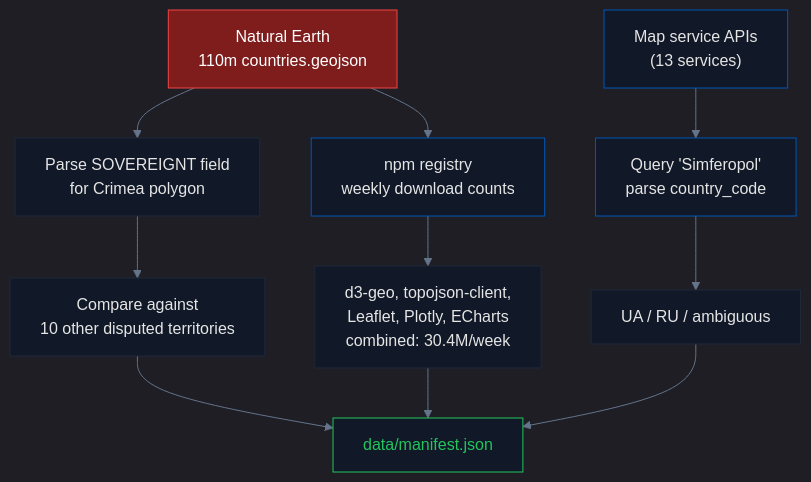
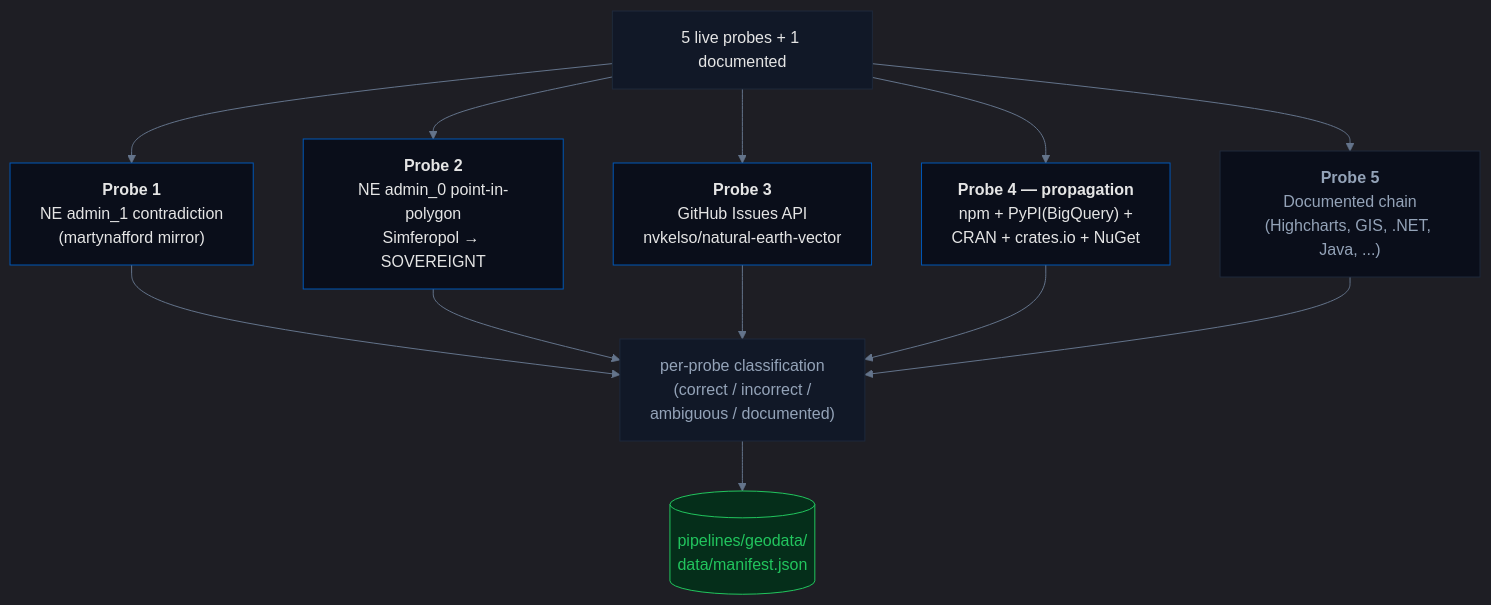
Before and after one commit to IvanDobrovolsky/crimeaisukraine: the second of 2 diagrams in pipelines/geodata/README.md, drawn with Mermaid. The commit also changed other lines of this file and 10 other files, not shown here.

First line of the commit message:
Geodata pipeline: full rewrite — 5-ecosystem propagation chain rooted in GDAL, Natural Earth internal contradictions, ~65.7M weekly downloads measured live

````diff
--- a/pipelines/geodata/README.md
+++ b/pipelines/geodata/README.md
@@ -183,23 +113,26 @@
 ```mermaid
 %%{init: {'theme': 'dark', 'themeVariables': {'primaryColor': '#0057b7', 'primaryTextColor': '#e5e5e5', 'lineColor': '#64748b', 'primaryBorderColor': '#1e293b'}}}%%
-graph TB
-    A["Natural Earth<br/>110m countries.geojson"] --> B["Parse SOVEREIGNT field<br/>for Crimea polygon"]
-    B --> C["Compare against<br/>10 other disputed territories"]
-    A --> D["npm registry<br/>weekly download counts"]
-    D --> E["d3-geo, topojson-client,<br/>Leaflet, Plotly, ECharts<br/>combined: 30.4M/week"]
-    F["Map service APIs<br/>(13 services)"] --> G["Query 'Simferopol'<br/>parse country_code"]
-    G --> H["UA / RU / ambiguous"]
-    C --> I["data/manifest.json"]
-    E --> I
-    H --> I
+flowchart TB
+    START["5 live probes + 1 documented"] --> P1["<b>Probe 1</b><br/>NE admin_1 contradiction<br/>(martynafford mirror)"]
+    START --> P2["<b>Probe 2</b><br/>NE admin_0 point-in-polygon<br/>Simferopol → SOVEREIGNT"]
+    START --> P3["<b>Probe 3</b><br/>GitHub Issues API<br/>nvkelso/natural-earth-vector"]
+    START --> P4["<b>Probe 4 — propagation</b><br/>npm + PyPI(BigQuery) +<br/>CRAN + crates.io + NuGet"]
+    START --> P5["<b>Probe 5</b><br/>Documented chain<br/>(Highcharts, GIS, .NET, Java, ...)"]
 
-    style A fill:#7f1d1d,stroke:#ef4444,color:#ffffff
-    style B fill:#111827,stroke:#1e293b,color:#e5e5e5
-    style C fill:#111827,stroke:#1e293b,color:#e5e5e5
-    style D fill:#111827,stroke:#0057b7,color:#e5e5e5
-    style E fill:#111827,stroke:#1e293b,color:#e5e5e5
-    style F fill:#111827,stroke:#0057b7,color:#e5e5e5
-    style G fill:#111827,stroke:#0057b7,color:#e5e5e5
-    style H fill:#111827,stroke:#1e293b,color:#e5e5e5
-    style I fill:#111827,stroke:#22c55e,color:#22c55e
+    P1 --> AGG["per-probe classification<br/>(correct / incorrect /<br/>ambiguous / documented)"]
+    P2 --> AGG
+    P3 --> AGG
+    P4 --> AGG
+    P5 --> AGG
+
+    AGG --> MANIFEST[("pipelines/geodata/<br/>data/manifest.json")]
+
+    style START fill:#111827,stroke:#1e293b,color:#e5e5e5
+    style P1 fill:#0a0e1a,stroke:#0057b7,color:#e5e5e5
+    style P2 fill:#0a0e1a,stroke:#0057b7,color:#e5e5e5
+    style P3 fill:#0a0e1a,stroke:#0057b7,color:#e5e5e5
+    style P4 fill:#0a0e1a,stroke:#0057b7,color:#e5e5e5
+    style P5 fill:#0a0e1a,stroke:#1e293b,color:#94a3b8
+    style AGG fill:#111827,stroke:#1e293b,color:#94a3b8
+    style MANIFEST fill:#052e1a,stroke:#22c55e,color:#22c55e
 ```
````
